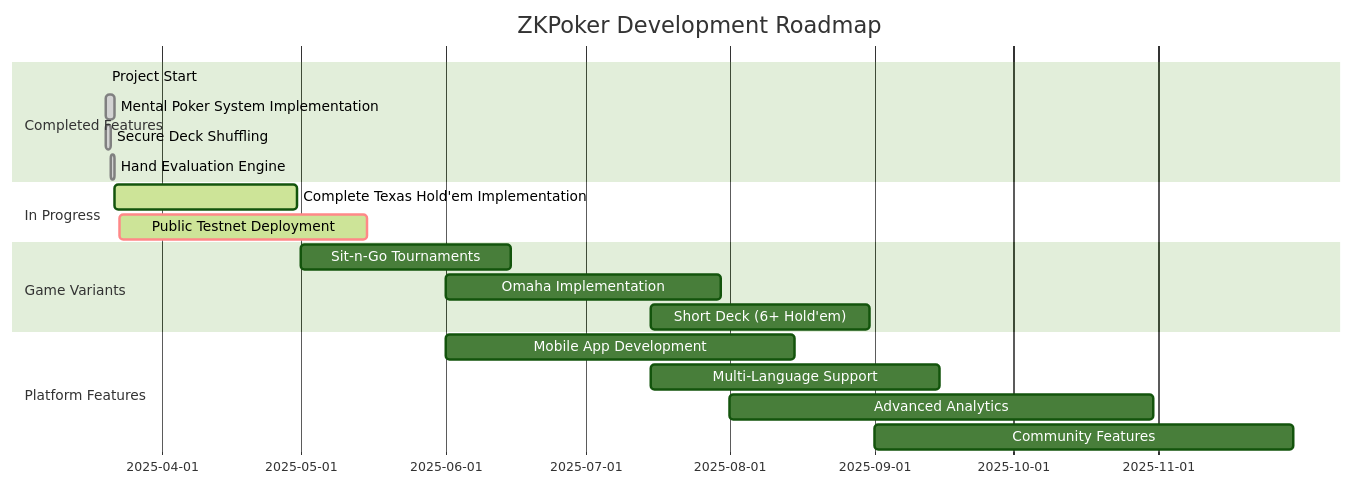
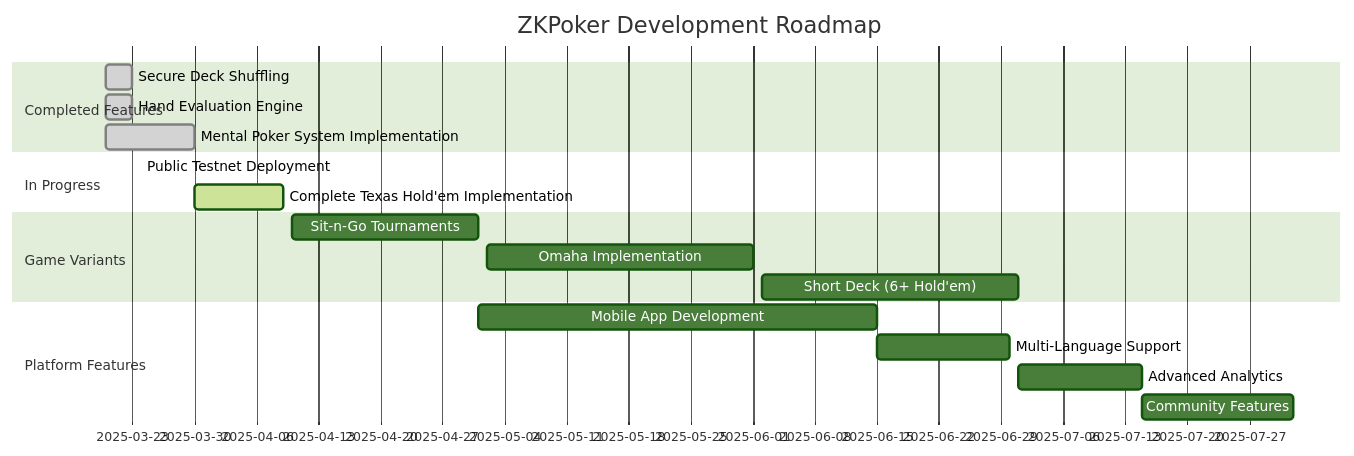
The fifth of 5 diagrams in README.md (ottodevs/zkpoker), drawn with Mermaid (forest theme) before and after one commit. The commit also changed other lines of this file, not shown here.

Commit message:
📝 docs: just some minor cosmetic corrections in the readme and roadmap diagram

````diff
--- a/README.md
+++ b/README.md
@@ -580,25 +578,24 @@
 ```mermaid
 gantt
     title ZKPoker Development Roadmap
     dateFormat  YYYY-MM-DD
     section Completed Features
-    Project Start                         :done, 2025-03-20, 2025-03-20
-    Mental Poker System Implementation    :done, 2025-03-20, 2025-03-22
-    Secure Deck Shuffling                 :done, 2025-03-20, 2025-03-21
-    Hand Evaluation Engine                :done, 2025-03-21, 2025-03-22
+    Secure Deck Shuffling                 :done, 2025-03-20, 2025-03-23
+    Hand Evaluation Engine                :done, 2025-03-20, 2025-03-23
+    Mental Poker System Implementation    :done, 2025-03-20, 2025-03-30
 
     section In Progress
-    Complete Texas Hold'em Implementation :active, 2025-03-22, 2025-04-30
-    Public Testnet Deployment            :crit, active, 2025-03-23, 2025-05-15
+    Public Testnet Deployment            :crit, active, 2025-03-24, 2025-03-24
+    Complete Texas Hold'em Implementation :active, 2025-03-30, 2025-04-09
 
     section Game Variants
-    Sit-n-Go Tournaments                 :2025-05-01, 2025-06-15
-    Omaha Implementation                 :2025-06-01, 2025-07-30
-    Short Deck (6+ Hold'em)              :2025-07-15, 2025-08-31
+    Sit-n-Go Tournaments                 :2025-04-10, 2025-05-01
+    Omaha Implementation                 :2025-05-02, 2025-06-01
+    Short Deck (6+ Hold'em)              :2025-06-02, 2025-07-01
 
     section Platform Features
-    Mobile App Development               :2025-06-01, 2025-08-15
-    Multi-Language Support               :2025-07-15, 2025-09-15
-    Advanced Analytics                   :2025-08-01, 2025-10-31
-    Community Features                   :2025-09-01, 2025-11-30
+    Mobile App Development               :2025-05-01, 2025-06-15
+    Multi-Language Support               :2025-06-15, 2025-06-30
+    Advanced Analytics                   :2025-07-01, 2025-07-15
+    Community Features                   :2025-07-15, 2025-08-01
 ```
````
